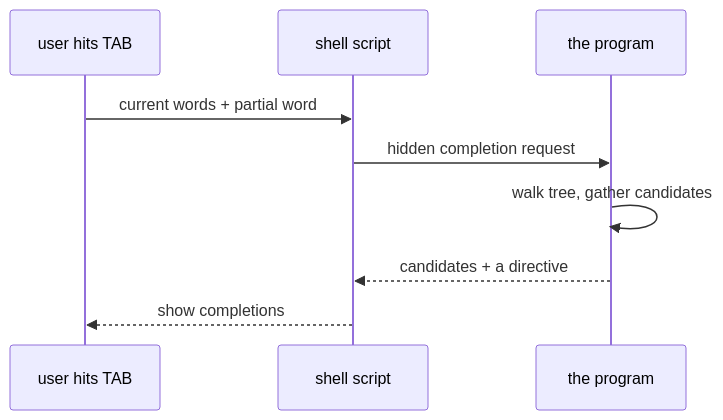
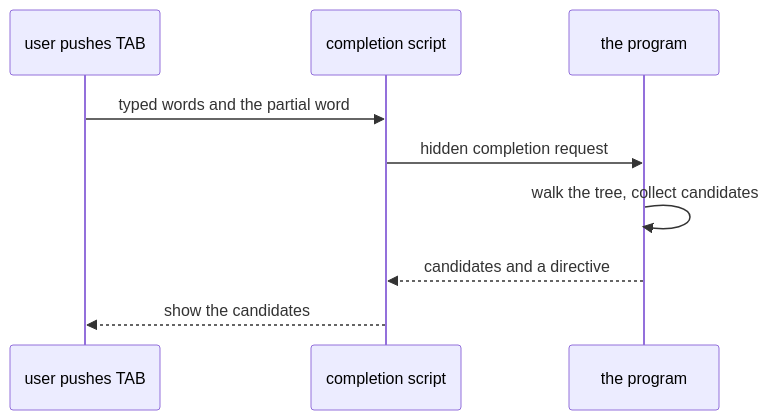
Before and after one commit to KeunwooPark/cluedoc: the first of 4 diagrams in docs/examples/cobra/.cluedoc/shell-completion/README.md, drawn with Mermaid. The commit also changed other lines of this file and 22 other files, not shown here.

````diff
--- a/docs/examples/cobra/.cluedoc/shell-completion/README.md
+++ b/docs/examples/cobra/.cluedoc/shell-completion/README.md
@@ -14,11 +15,11 @@
 ```mermaid
 sequenceDiagram
-    participant U as user hits TAB
-    participant S as shell script
+    participant U as user pushes TAB
+    participant S as completion script
     participant P as the program
-    U->>S: current words + partial word
+    U->>S: typed words and the partial word
     S->>P: hidden completion request
-    P->>P: walk tree, gather candidates
-    P-->>S: candidates + a directive
-    S-->>U: show completions
+    P->>P: walk the tree, collect candidates
+    P-->>S: candidates and a directive
+    S-->>U: show the candidates
 ```
````
